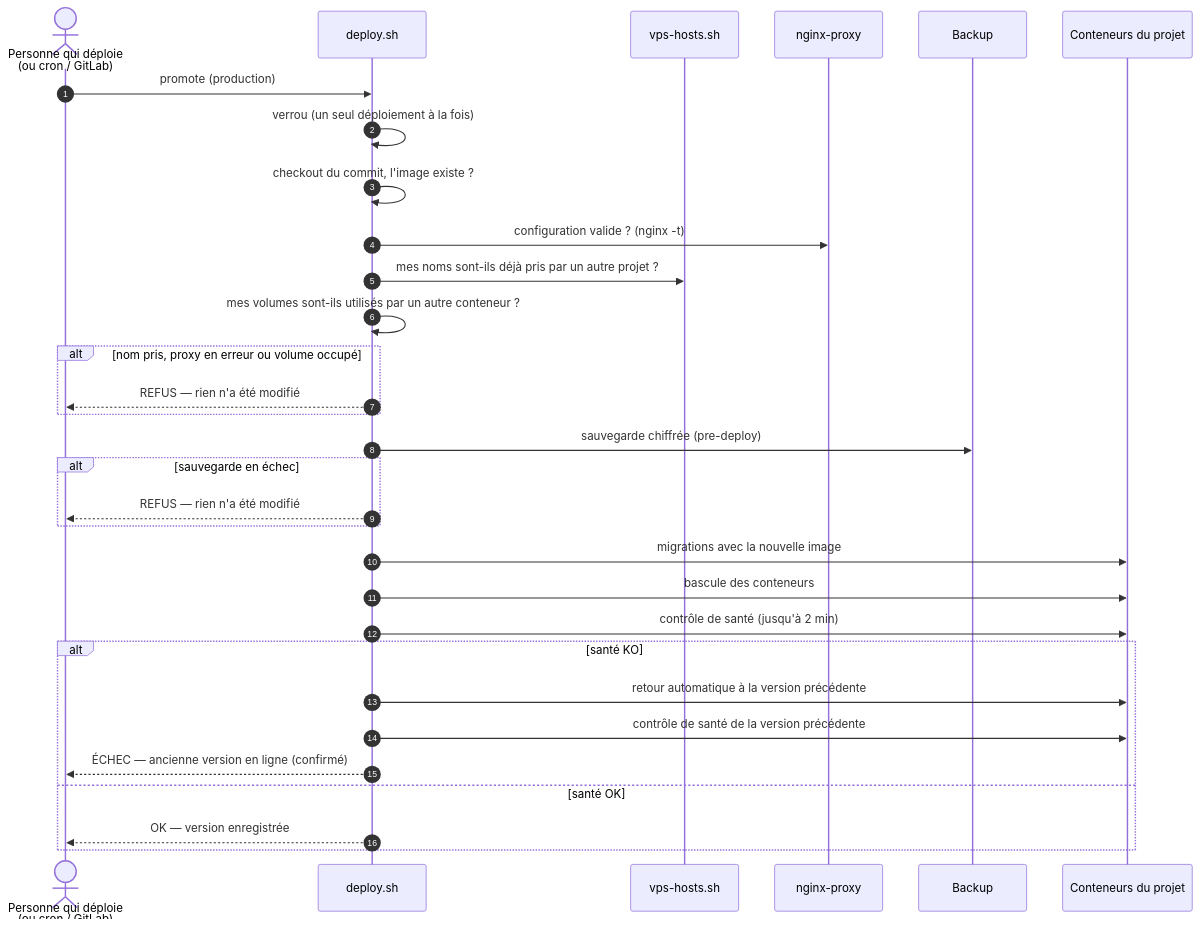
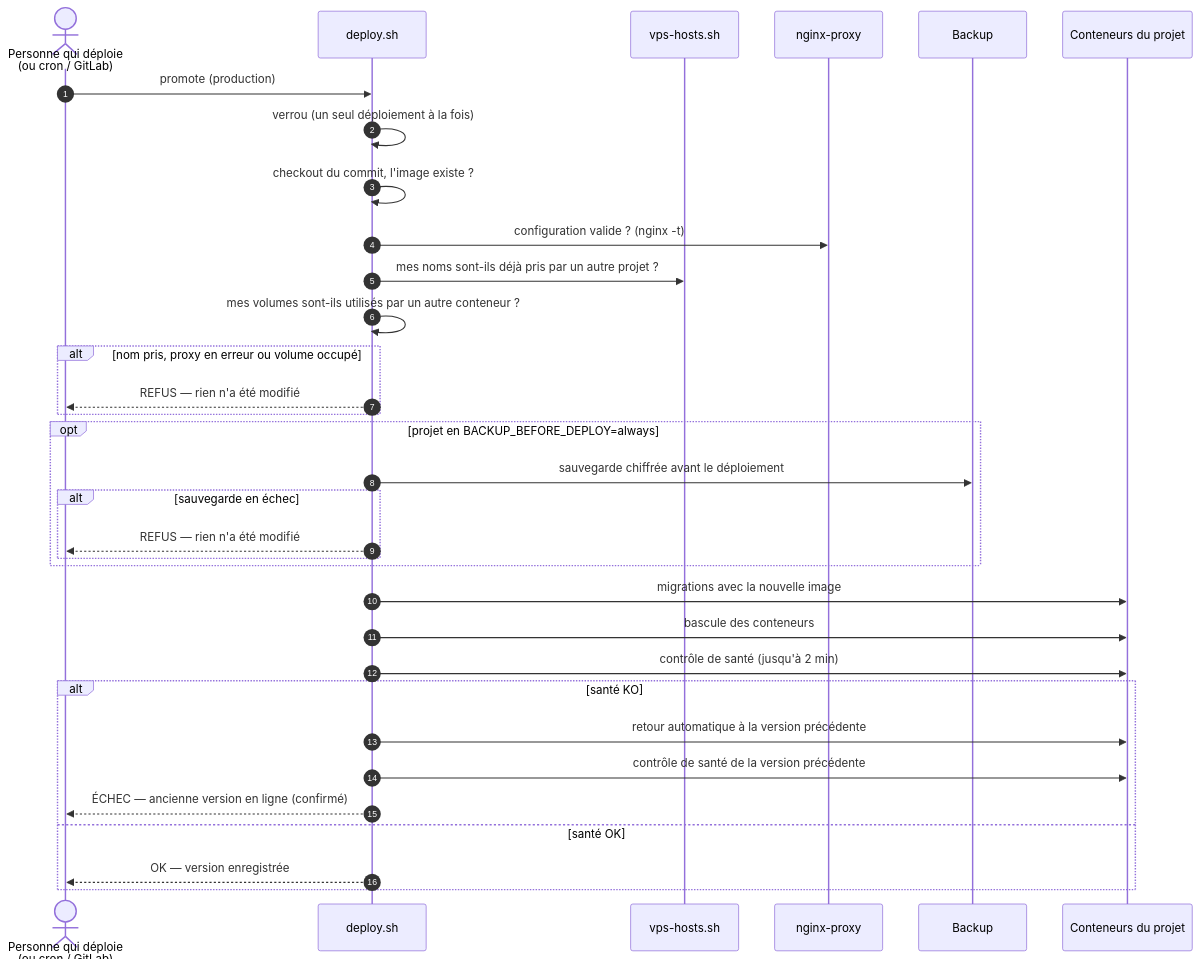
One commit to wilfreidlando/vcam-infra-deploy changed the seventh of 13 diagrams in docs/01-schemas.md. Above: the diagram before and after it, drawn with Mermaid. The commit also changed other lines of this file and 17 other files, not shown here.

First line of the commit message:
feat(sauvegardes) : plus de sauvegarde automatique au déploiement ; deploy.sh backup à la demande (ADR-0067 §3, contrat 2.3)

````diff
--- a/docs/01-schemas.md
+++ b/docs/01-schemas.md
@@ -262,34 +262,36 @@
 ```mermaid
 sequenceDiagram
     autonumber
     actor Ops as Personne qui déploie<br/>(ou cron / GitLab)
     participant D as deploy.sh
     participant H as vps-hosts.sh
     participant P as nginx-proxy
     participant K as Backup
     participant C as Conteneurs du projet
 
     Ops->>D: promote (production)
     D->>D: verrou (un seul déploiement à la fois)
     D->>D: checkout du commit, l'image existe ?
     D->>P: configuration valide ? (nginx -t)
     D->>H: mes noms sont-ils déjà pris par un autre projet ?
     D->>D: mes volumes sont-ils utilisés par un autre conteneur ?
     alt nom pris, proxy en erreur ou volume occupé
         D-->>Ops: REFUS — rien n'a été modifié
     end
-    D->>K: sauvegarde chiffrée (pre-deploy)
-    alt sauvegarde en échec
-        D-->>Ops: REFUS — rien n'a été modifié
+    opt projet en BACKUP_BEFORE_DEPLOY=always
+        D->>K: sauvegarde chiffrée avant le déploiement
+        alt sauvegarde en échec
+            D-->>Ops: REFUS — rien n'a été modifié
+        end
     end
     D->>C: migrations avec la nouvelle image
     D->>C: bascule des conteneurs
     D->>C: contrôle de santé (jusqu'à 2 min)
     alt santé KO
         D->>C: retour automatique à la version précédente
         D->>C: contrôle de santé de la version précédente
         D-->>Ops: ÉCHEC — ancienne version en ligne (confirmé)
     else santé OK
         D-->>Ops: OK — version enregistrée
     end
 ```
````
